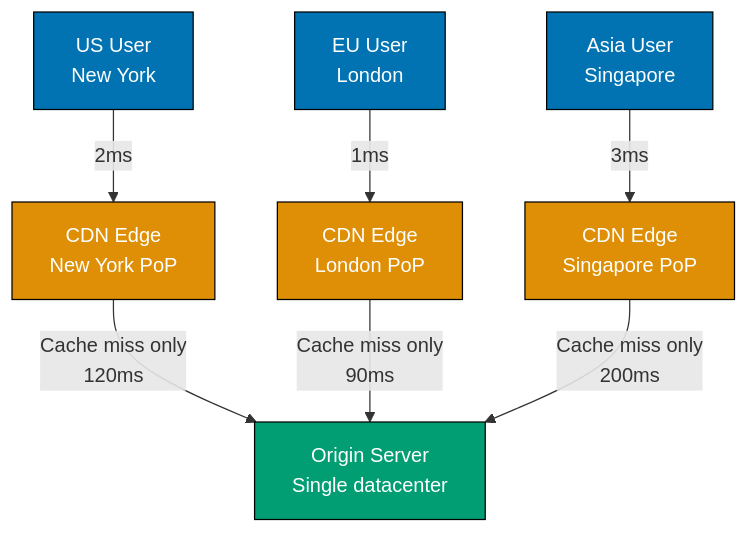
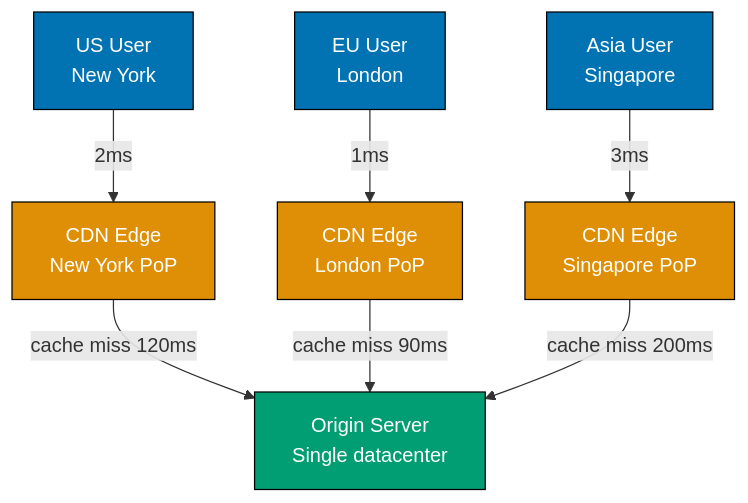
One commit to wahidyankf/open-sharia-enterprise changed the sixth of 8 diagrams in apps/ayokoding-web/content/en/learn/software-engineering/system-design/by-example/beginner.md. Above: the diagram before and after it, drawn with Mermaid. The commit also changed other lines of this file and 16 other files, not shown here.

First line of the commit message:
fix(content): fix 46 pre-existing Mermaid violations in tutorial files

````diff
--- a/apps/ayokoding-web/content/en/learn/software-engineering/system-design/by-example/beginner.md
+++ b/apps/ayokoding-web/content/en/learn/software-engineering/system-design/by-example/beginner.md
@@ -4160,26 +4153,26 @@
 ```mermaid
 %% Color Palette: Blue #0173B2, Orange #DE8F05, Teal #029E73, Purple #CC78BC, Brown #CA9161
 graph TD
     US["US User<br/>New York"]
     EU["EU User<br/>London"]
     AS["Asia User<br/>Singapore"]
     EdgeUS["CDN Edge<br/>New York PoP"]
     EdgeEU["CDN Edge<br/>London PoP"]
     EdgeAS["CDN Edge<br/>Singapore PoP"]
     Origin["Origin Server<br/>Single datacenter"]
 
-    US -->|"2ms"| EdgeUS
-    EU -->|"1ms"| EdgeEU
-    AS -->|"3ms"| EdgeAS
-    EdgeUS -->|"Cache miss only<br/>120ms"| Origin
-    EdgeEU -->|"Cache miss only<br/>90ms"| Origin
-    EdgeAS -->|"Cache miss only<br/>200ms"| Origin
+    US -- 2ms --> EdgeUS
+    EU -- 1ms --> EdgeEU
+    AS -- 3ms --> EdgeAS
+    EdgeUS -- cache miss 120ms --> Origin
+    EdgeEU -- cache miss 90ms --> Origin
+    EdgeAS -- cache miss 200ms --> Origin
 
     style US fill:#0173B2,stroke:#000,color:#fff
     style EU fill:#0173B2,stroke:#000,color:#fff
     style AS fill:#0173B2,stroke:#000,color:#fff
     style EdgeUS fill:#DE8F05,stroke:#000,color:#fff
     style EdgeEU fill:#DE8F05,stroke:#000,color:#fff
     style EdgeAS fill:#DE8F05,stroke:#000,color:#fff
     style Origin fill:#029E73,stroke:#000,color:#fff
 ```
````
